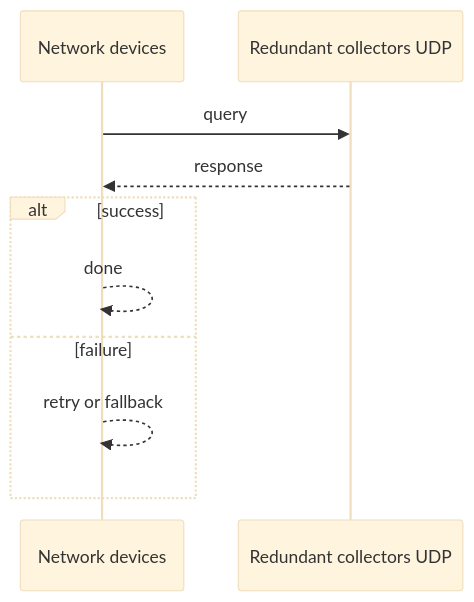
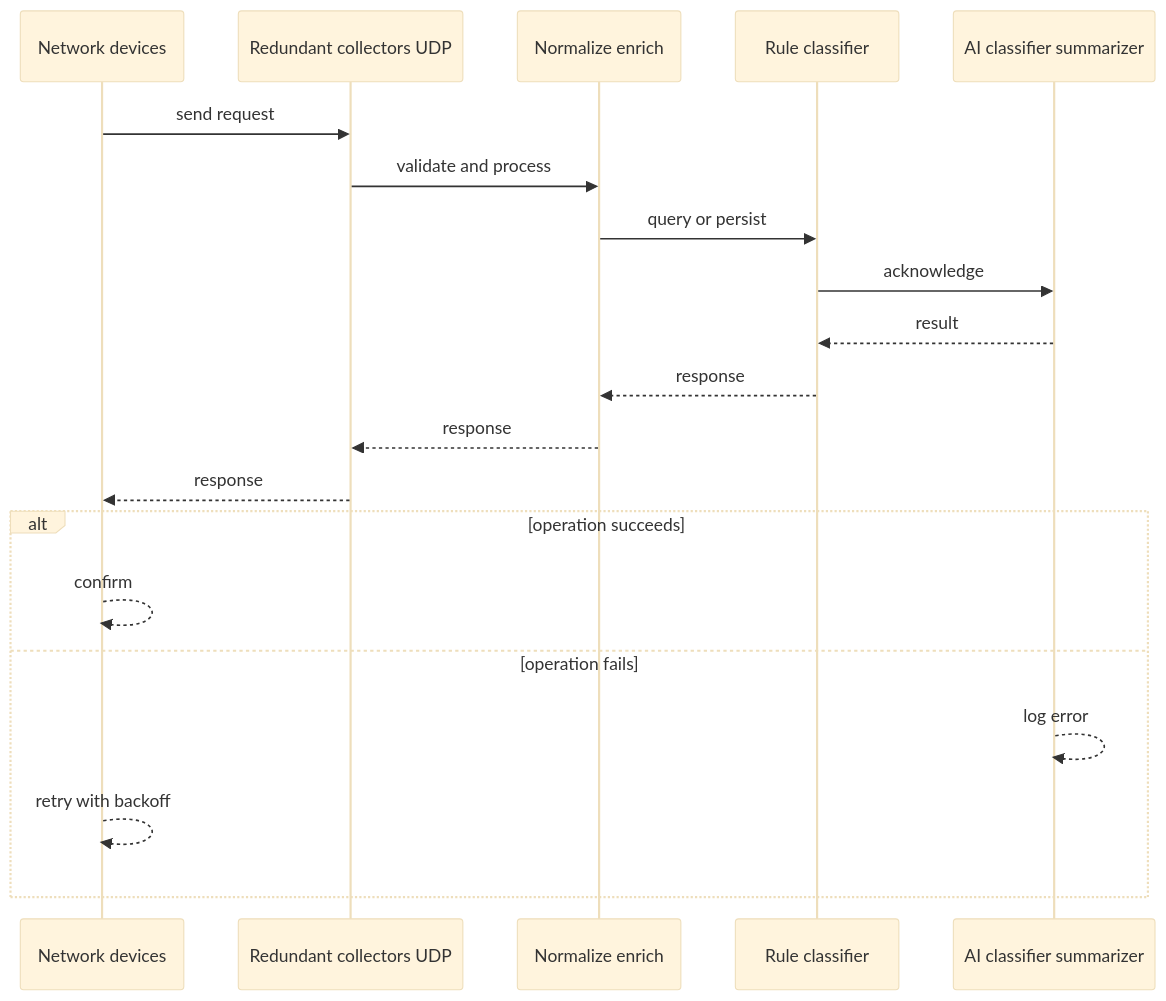
The second of 4 diagrams in case-studies/network-ai-systems/intelligent-syslog-monitoring.md (RIT-MESH/system-design-mastery), drawn with Mermaid (base theme) before and after one commit. The commit also changed other lines of this file and 64 other files, not shown here.

````diff
--- a/case-studies/network-ai-systems/intelligent-syslog-monitoring.md
+++ b/case-studies/network-ai-systems/intelligent-syslog-monitoring.md
@@ -89,13 +75,23 @@
 ```mermaid
 %% created-for: system-design-mastery
 sequenceDiagram
-  participant P0 as Network devices
-  participant P1 as Redundant collectors UDP
-  P0 ->> P1: query
-  P1 -->> P0: response
-  alt success
-    P0 -->> P0: done
-  else failure
-    P0 -->> P0: retry or fallback
+  participant C0 as Network devices
+  participant C1 as Redundant collectors UDP
+  participant C2 as Normalize enrich
+  participant C3 as Rule classifier
+  participant C4 as AI classifier summarizer
+  C0 ->> C1: send request
+  C1 ->> C2: validate and process
+  C2 ->> C3: query or persist
+  C3 ->> C4: acknowledge
+  C4 -->> C3: result
+  C3 -->> C2: response
+  C2 -->> C1: response
+  C1 -->> C0: response
+  alt operation succeeds
+    C0 -->> C0: confirm
+  else operation fails
+    C4 -->> C4: log error
+    C0 -->> C0: retry with backoff
   end
 ```
````
